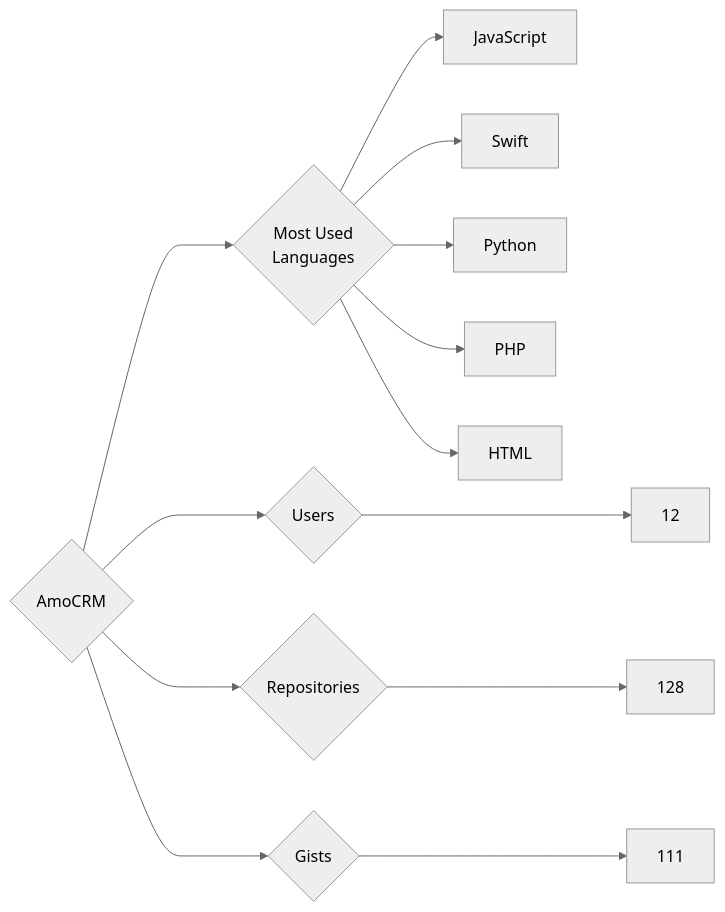
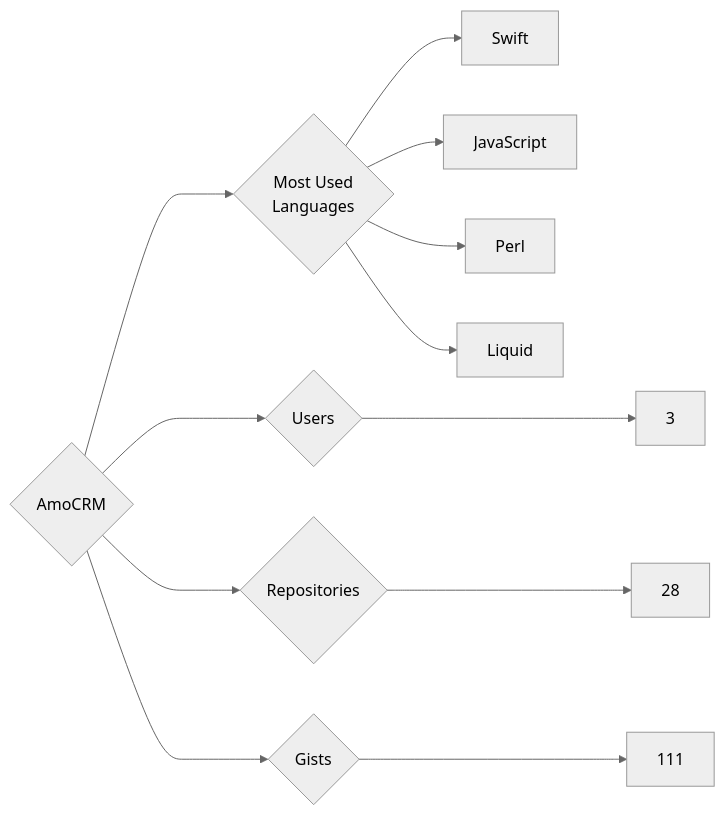
The diagram in targets/AmoCRM/README.md (trickest/insiders), drawn with Mermaid (neutral theme) before and after one commit. The commit also changed 925 other files, not shown here.

````diff
--- a/targets/AmoCRM/README.md
+++ b/targets/AmoCRM/README.md
@@ -3,13 +3,12 @@
 ```mermaid
 graph LR
 COMPANY_NAME{AmoCRM}
-COMPANY_NAME ---> U{Users} ---> UN[12]
-COMPANY_NAME ---> R{Repositories} ---> RN[128]
+COMPANY_NAME ---> U{Users} ---> UN[3]
+COMPANY_NAME ---> R{Repositories} ---> RN[28]
 COMPANY_NAME ---> G{Gists} ---> GN[111]
 COMPANY_NAME ---> ML{Most Used<br>Languages}
+ML --> Swift[Swift]
 ML --> JavaScript[JavaScript]
-ML --> Swift[Swift]
-ML --> Python[Python]
-ML --> PHP[PHP]
-ML --> HTML[HTML]
+ML --> Perl[Perl]
+ML --> Liquid[Liquid]
 ```
````
